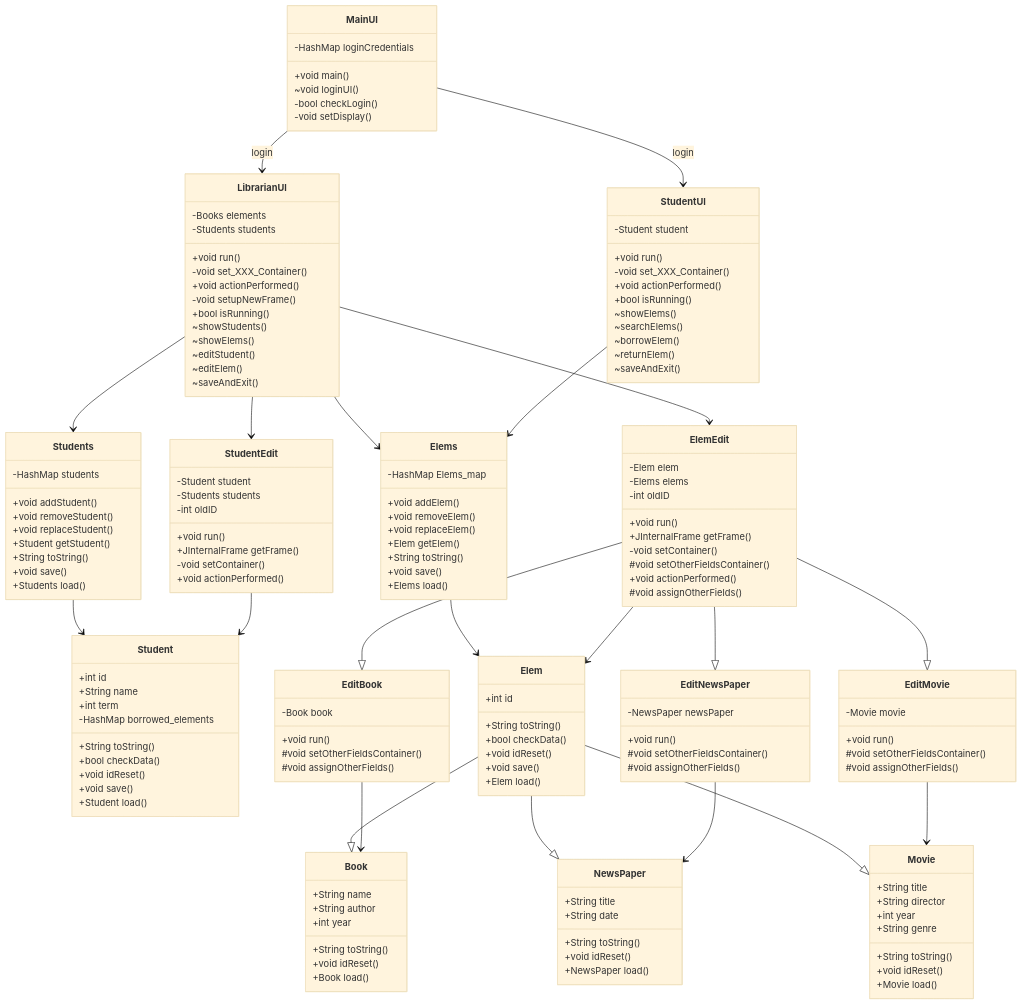
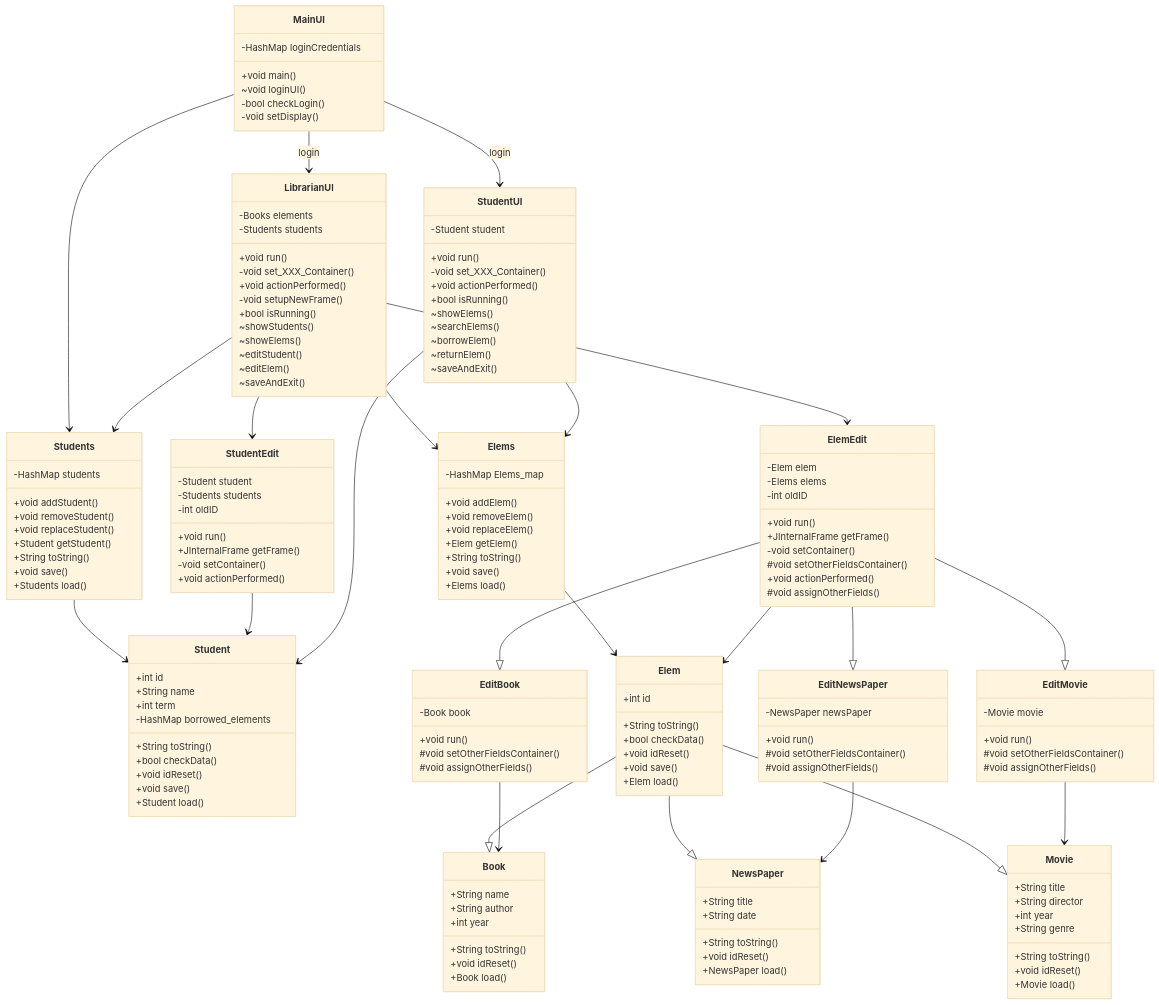
One commit to PatrykFlama/LibrarySystem changed the diagram in README.md. Above: the diagram before and after it, drawn with Mermaid (base theme).

```diff
--- a/README.md
+++ b/README.md
@@ -17,6 +17,7 @@
 classDiagram
     MainUI --> LibrarianUI : login
     MainUI --> StudentUI : login
+    MainUI --> Students
 
     LibrarianUI --> Students
     LibrarianUI --> Elems
@@ -26,6 +27,7 @@
     Students --> Student
     StudentEdit --> Student
     StudentUI --> Elems
+    StudentUI --> Student
     Elems --> Elem
 
     Elem --|> Book
```
